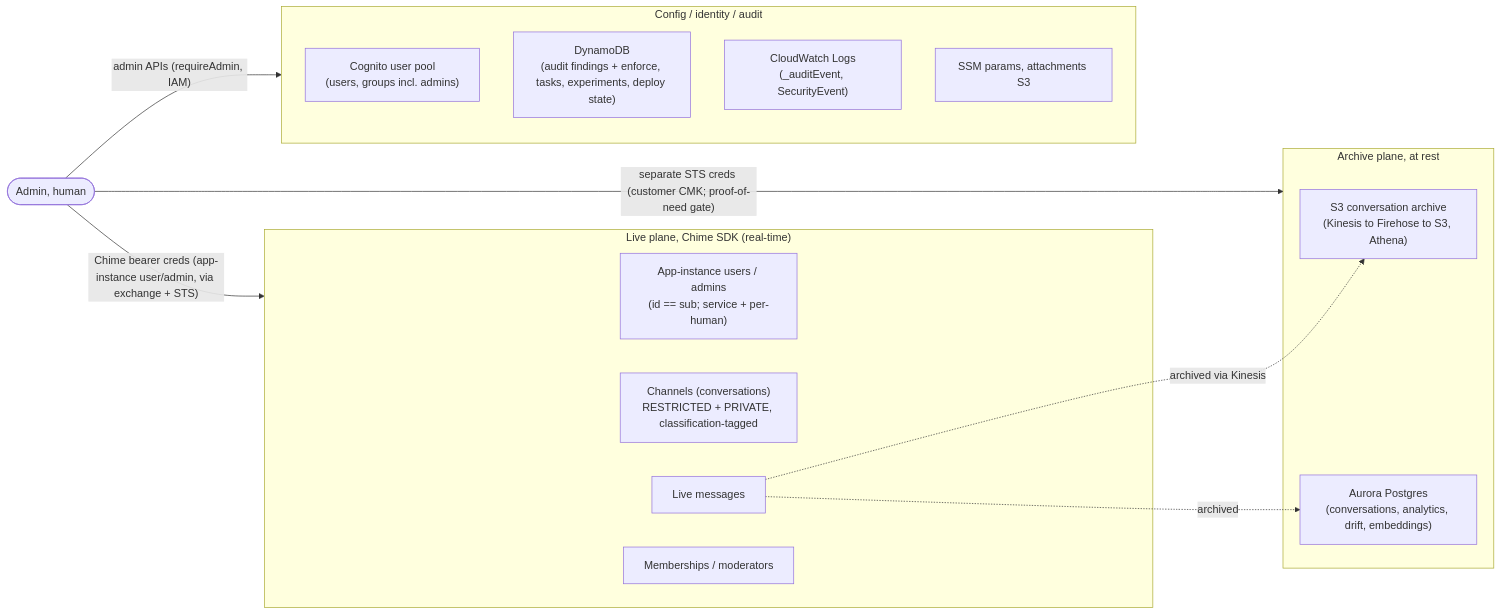
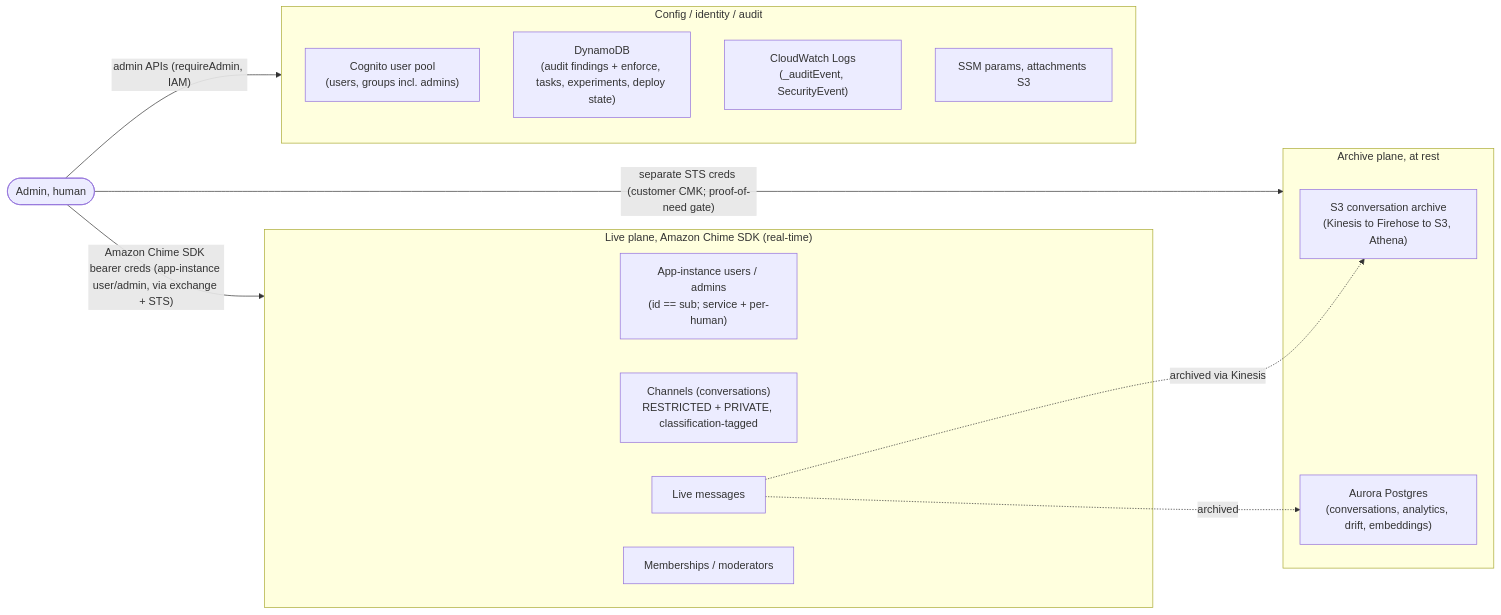
The diagram in docs/specs/identity-access/SPEC-ADMIN-IDENTITY.md (RyanSMcHarg/AgentEchelon), drawn with Mermaid before and after one commit. The commit also changed other lines of this file and 40 other files, not shown here.

First line of the commit message:
docs: standardize AWS service naming to 'Amazon Chime SDK' throughout

````diff
--- a/docs/specs/identity-access/SPEC-ADMIN-IDENTITY.md
+++ b/docs/specs/identity-access/SPEC-ADMIN-IDENTITY.md
@@ -30,25 +30,25 @@
 ```mermaid
 flowchart LR
   admin([Admin, human])
-  subgraph live["Live plane, Chime SDK (real-time)"]
+  subgraph live["Live plane, Amazon Chime SDK (real-time)"]
     ids["App-instance users / admins<br/>(id == sub; service + per-human)"]
     chans["Channels (conversations)<br/>RESTRICTED + PRIVATE, classification-tagged"]
     msgs["Live messages"]
     mems["Memberships / moderators"]
   end
   subgraph arch["Archive plane, at rest"]
     s3["S3 conversation archive<br/>(Kinesis to Firehose to S3, Athena)"]
     aurora["Aurora Postgres<br/>(conversations, analytics, drift, embeddings)"]
   end
   subgraph ctrl["Config / identity / audit"]
     cognito["Cognito user pool<br/>(users, groups incl. admins)"]
     dynamo["DynamoDB<br/>(audit findings + enforce, tasks, experiments, deploy state)"]
     cwlogs["CloudWatch Logs<br/>(_auditEvent, SecurityEvent)"]
     ssm["SSM params, attachments S3"]
   end
-  admin -->|"Chime bearer creds (app-instance user/admin, via exchange + STS)"| live
+  admin -->|"Amazon Chime SDK bearer creds (app-instance user/admin, via exchange + STS)"| live
   admin -->|"separate STS creds (customer CMK; proof-of-need gate)"| arch
   admin -->|"admin APIs (requireAdmin, IAM)"| ctrl
   msgs -.->|"archived via Kinesis"| s3
   msgs -.->|"archived"| aurora
 ```
````
